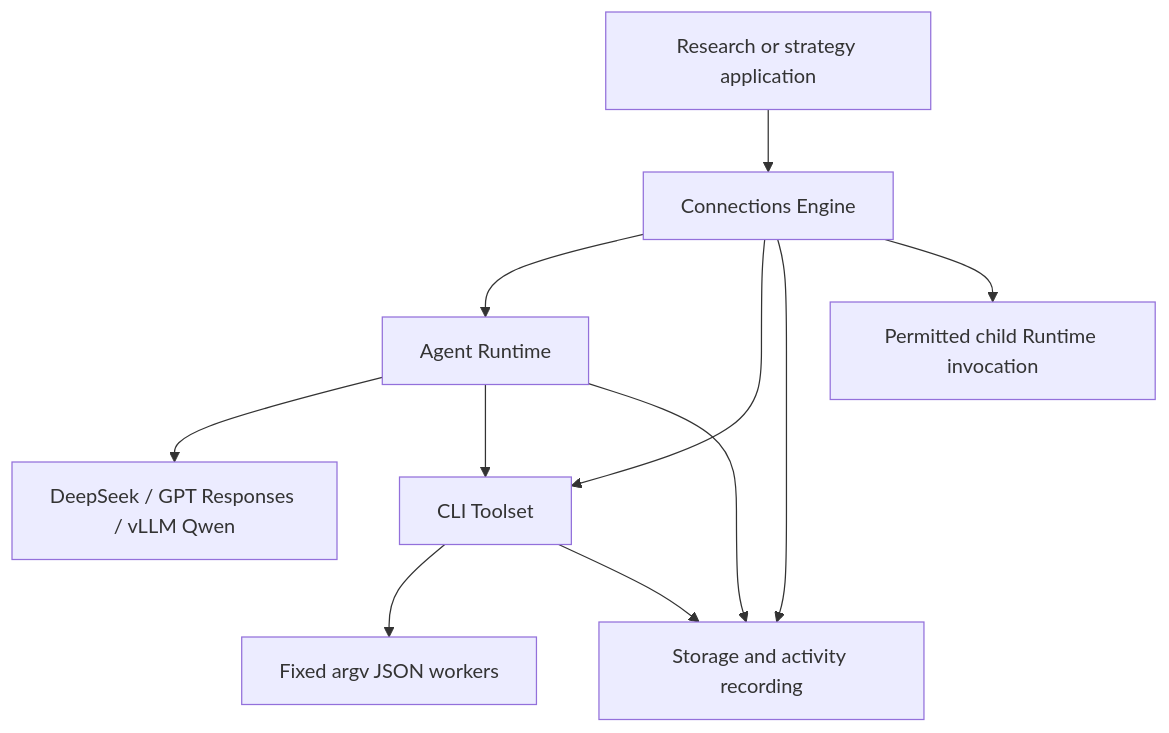
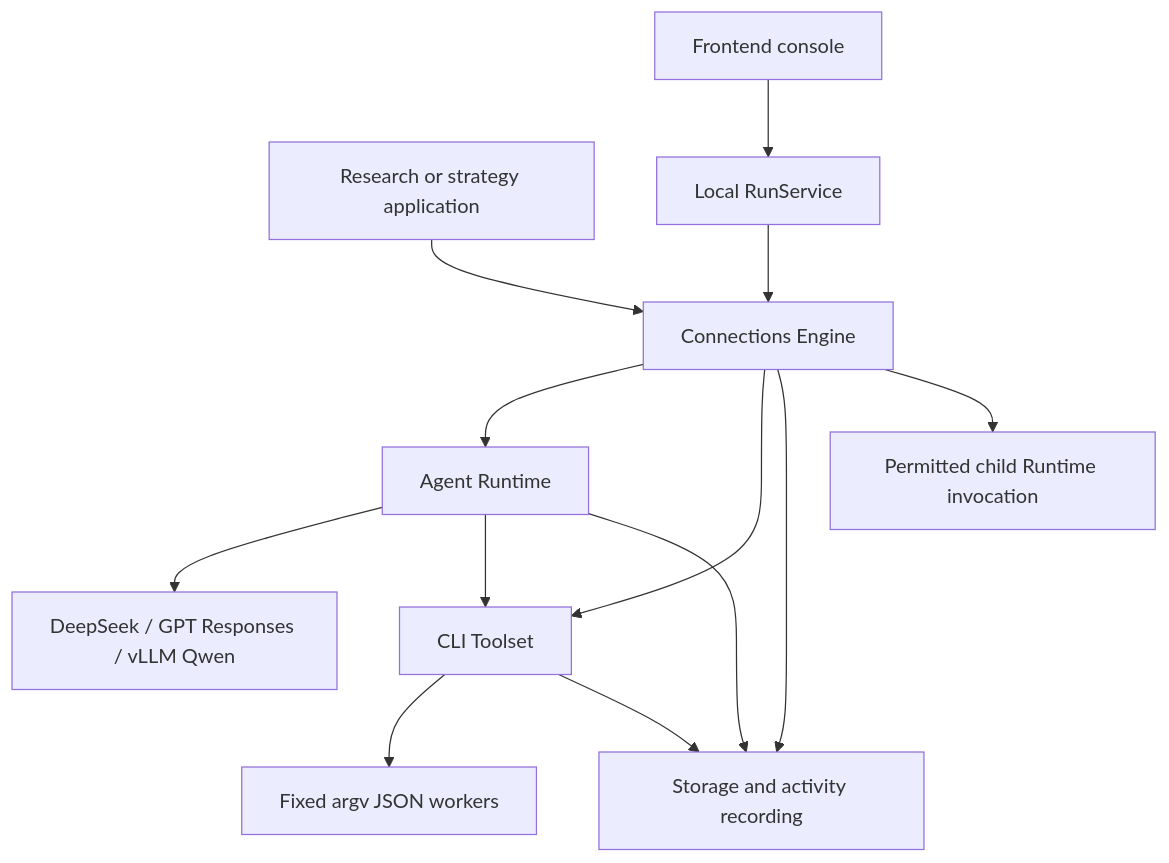
Before and after one commit to ZhuoQiuMcgill/DeepResearchEngine: the diagram in README.md, drawn with Mermaid. The commit also changed other lines of this file and 33 other files, not shown here.

Commit message:
feat: expose scoped evidence and console run interfaces

````diff
--- a/README.md
+++ b/README.md
@@ -67,13 +75,15 @@
 ```mermaid
 flowchart TD
     Application[Research or strategy application] --> Connections[Connections Engine]
+    Console[Frontend console] --> Service[Local RunService]
+    Service --> Connections
     Connections --> Runtime[Agent Runtime]
     Connections --> Toolset[CLI Toolset]
     Connections --> Storage[Storage and activity recording]
     Runtime --> Providers[DeepSeek / GPT Responses / vLLM Qwen]
     Runtime --> Toolset
     Runtime --> Storage
     Toolset --> Workers[Fixed argv JSON workers]
     Toolset --> Storage
     Connections --> Child[Permitted child Runtime invocation]
 ```
````
